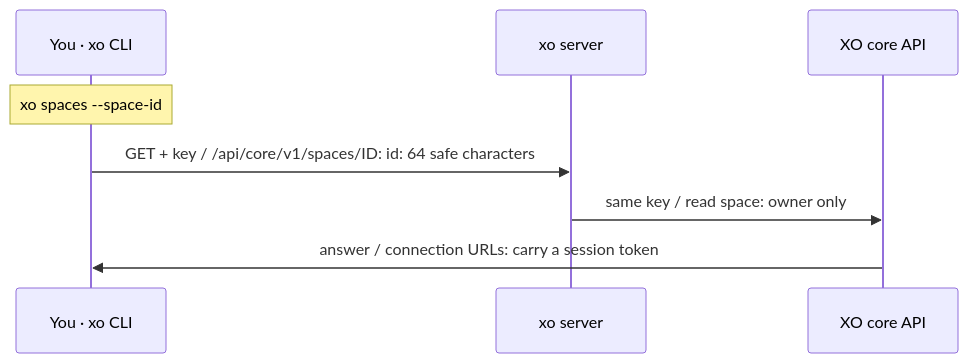
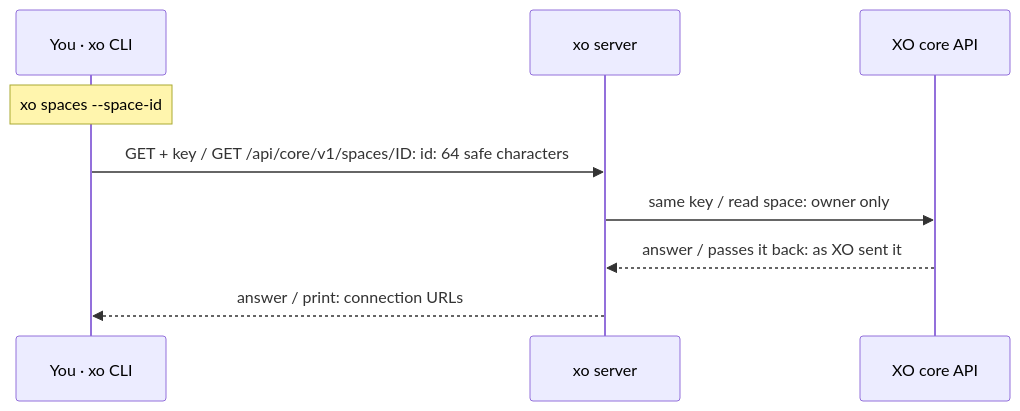
The tenth of 32 diagrams in docs/architecture.md (quirq-ai/xo), drawn with Mermaid before and after one commit. The commit also changed other lines of this file and 10 other files, not shown here.

First line of the commit message:
xo create and architecture: audit fixes on top of #35 and #36

````diff
--- a/docs/architecture.md
+++ b/docs/architecture.md
@@ -230,10 +246,11 @@
 ```mermaid
 sequenceDiagram
   participant Cli as You · xo CLI
   participant Srv as xo server
   participant Xo as XO core API
   Note over Cli: xo spaces --space-id
-  Cli->>Srv: GET + key / /api/core/v1/spaces/ID: id: 64 safe characters
+  Cli->>Srv: GET + key / GET /api/core/v1/spaces/ID: id: 64 safe characters
   Srv->>Xo: same key / read space: owner only
-  Xo->>Cli: answer / connection URLs: carry a session token
+  Xo-->>Srv: answer / passes it back: as XO sent it
+  Srv-->>Cli: answer / print: connection URLs
 ```
````
